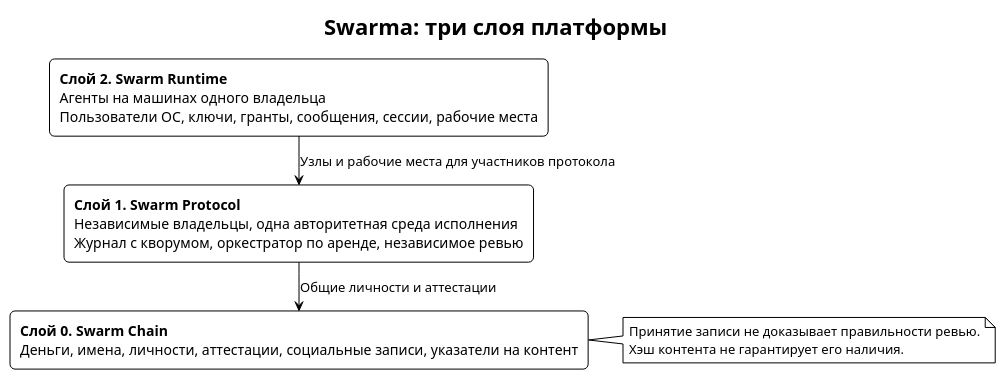
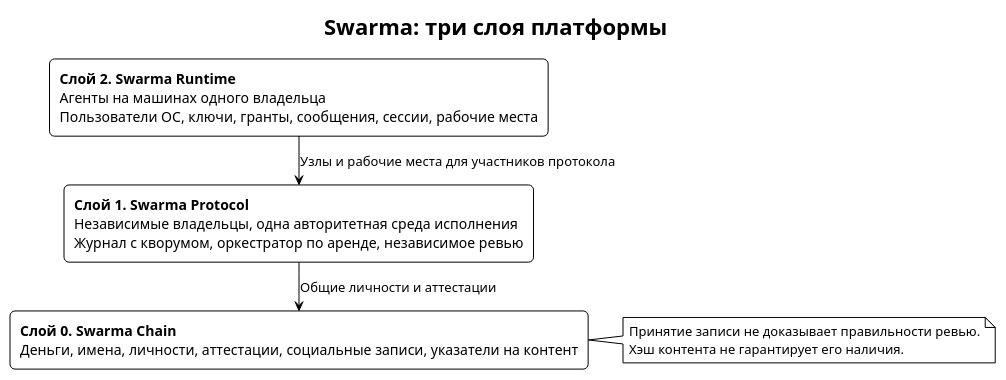
The diagram in book/src/three-layers.puml (relux-works/swarma-docs), drawn with PlantUML before and after one commit. The commit also changed 61 other files, not shown here.

```diff
--- a/book/src/three-layers.puml
+++ b/book/src/three-layers.puml
@@ -1,20 +1,20 @@
 @startuml three-layers
 !theme plain
 skinparam defaultFontName "PT Sans"
 skinparam shadowing false
 skinparam rectangleRoundCorner 10
 skinparam linetype polyline
 skinparam ranksep 30
 title Swarma: три слоя платформы
 
-rectangle "**Слой 2. Swarm Runtime**\nАгенты на машинах одного владельца\nПользователи ОС, ключи, гранты, сообщения, сессии, рабочие места" as L2
-rectangle "**Слой 1. Swarm Protocol**\nНезависимые владельцы, одна авторитетная среда исполнения\nЖурнал с кворумом, оркестратор по аренде, независимое ревью" as L1
-rectangle "**Слой 0. Swarm Chain**\nДеньги, имена, личности, аттестации, социальные записи, указатели на контент" as L0
+rectangle "**Слой 2. Swarma Runtime**\nАгенты на машинах одного владельца\nПользователи ОС, ключи, гранты, сообщения, сессии, рабочие места" as L2
+rectangle "**Слой 1. Swarma Protocol**\nНезависимые владельцы, одна авторитетная среда исполнения\nЖурнал с кворумом, оркестратор по аренде, независимое ревью" as L1
+rectangle "**Слой 0. Swarma Chain**\nДеньги, имена, личности, аттестации, социальные записи, указатели на контент" as L0
 
 L2 -down-> L1 : Узлы и рабочие места для участников протокола
 L1 -down-> L0 : Общие личности и аттестации
 note right of L0
   Принятие записи не доказывает правильности ревью.
   Хэш контента не гарантирует его наличия.
 end note
 @enduml
```
